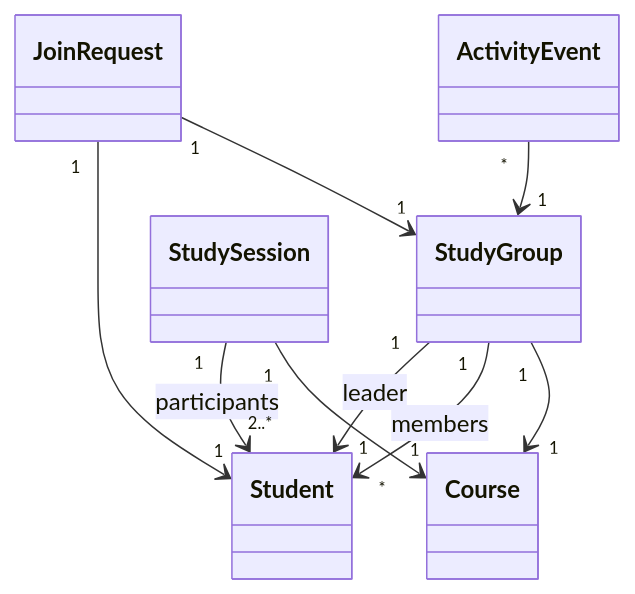
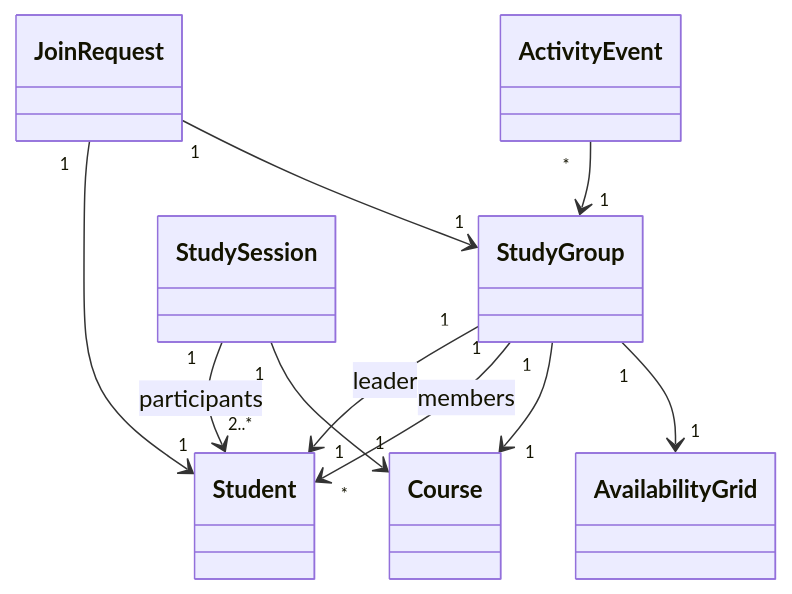
Before and after one commit to darrentiang/IS442-G1-T1: the diagram in docs/diagram-groups.mmd, drawn with Mermaid. The commit also changed 26 other files, not shown here.

```diff
--- a/docs/diagram-groups.mmd
+++ b/docs/diagram-groups.mmd
@@ -1,10 +1,11 @@
 classDiagram
     direction TB
     StudyGroup "1" --> "1" Student : leader
     StudyGroup "1" --> "*" Student : members
     StudyGroup "1" --> "1" Course
+    StudyGroup "1" --> "1" AvailabilityGrid
     JoinRequest "1" --> "1" Student
     JoinRequest "1" --> "1" StudyGroup
     ActivityEvent "*" --> "1" StudyGroup
     StudySession "1" --> "2..*" Student : participants
     StudySession "1" --> "1" Course
```
